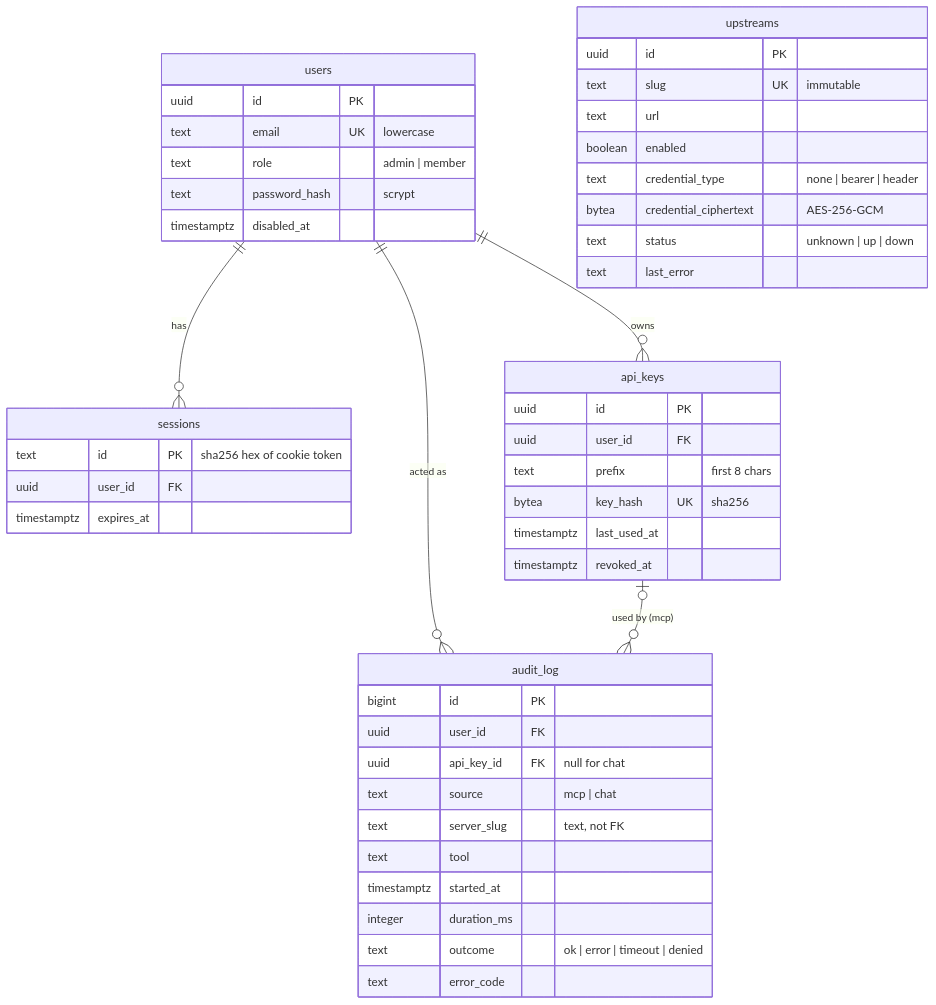
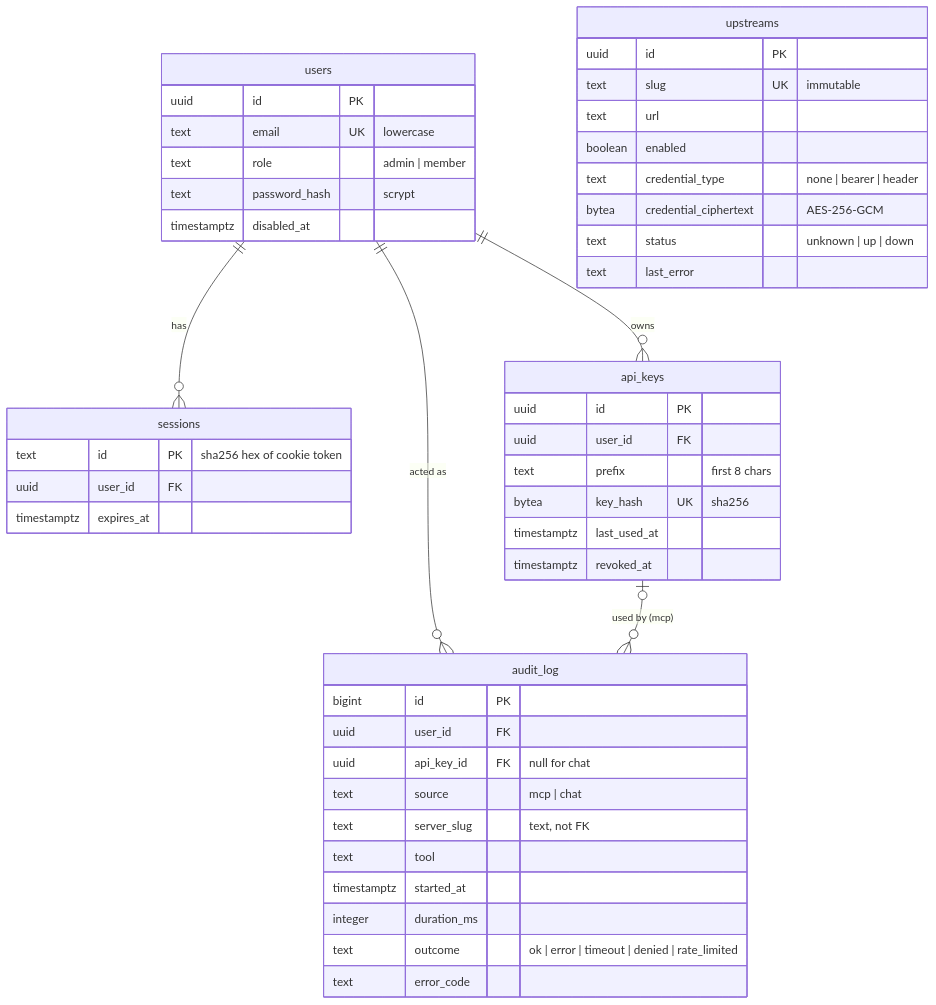
One commit to shivanijogiya/urumi changed the second of 3 diagrams in docs/DESIGN.md. Above: the diagram before and after it, drawn with Mermaid. The commit also changed other lines of this file and 17 other files, not shown here.

````diff
--- a/docs/DESIGN.md
+++ b/docs/DESIGN.md
@@ -103,49 +104,49 @@
 ```mermaid
 erDiagram
   users ||--o{ sessions : has
   users ||--o{ api_keys : owns
   users ||--o{ audit_log : "acted as"
   api_keys |o--o{ audit_log : "used by (mcp)"
   users {
     uuid id PK
     text email UK "lowercase"
     text role "admin | member"
     text password_hash "scrypt"
     timestamptz disabled_at
   }
   sessions {
     text id PK "sha256 hex of cookie token"
     uuid user_id FK
     timestamptz expires_at
   }
   api_keys {
     uuid id PK
     uuid user_id FK
     text prefix "first 8 chars"
     bytea key_hash UK "sha256"
     timestamptz last_used_at
     timestamptz revoked_at
   }
   upstreams {
     uuid id PK
     text slug UK "immutable"
     text url
     boolean enabled
     text credential_type "none | bearer | header"
     bytea credential_ciphertext "AES-256-GCM"
     text status "unknown | up | down"
     text last_error
   }
   audit_log {
     bigint id PK
     uuid user_id FK
     uuid api_key_id FK "null for chat"
     text source "mcp | chat"
     text server_slug "text, not FK"
     text tool
     timestamptz started_at
     integer duration_ms
-    text outcome "ok | error | timeout | denied"
+    text outcome "ok | error | timeout | denied | rate_limited"
     text error_code
   }
 ```
````
